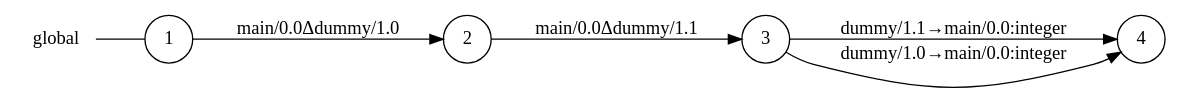
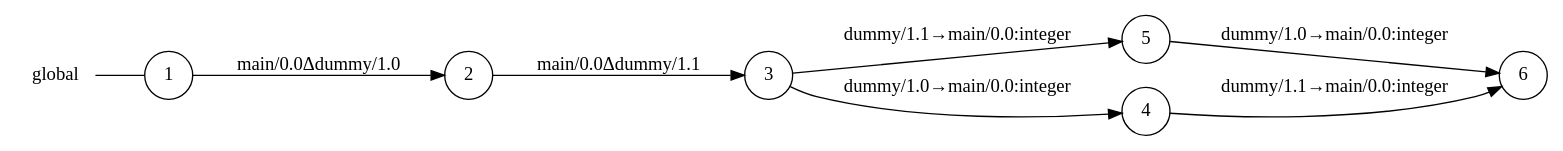
The diagram in examples/for-loop-recursion/main_0_global_view.dot (gabrielegenovese/chorer), drawn with Graphviz before and after one commit. The commit also changed 81 other files, not shown here.

```diff
--- a/examples/for-loop-recursion/main_0_global_view.dot
+++ b/examples/for-loop-recursion/main_0_global_view.dot
@@ -1,14 +1,18 @@
 digraph global {
 	rankdir="LR";
 	n_0 [label="global", shape="plaintext"];
-	n_1 [id="1", shape=circle, label="1"];
-	n_0 -> n_1 [arrowhead=none];
-	n_2 [id="2", shape=circle, label="2"];
-	n_3 [id="4", shape=circle, label="4"];
-	n_4 [id="3", shape=circle, label="3"];
+	n_1 [id="5", shape=circle, label="5"];
+	n_2 [id="6", shape=circle, label="6"];
+	n_3 [id="1", shape=circle, label="1"];
+	n_0 -> n_3 [arrowhead=none];
+	n_4 [id="2", shape=circle, label="2"];
+	n_5 [id="4", shape=circle, label="4"];
+	n_6 [id="3", shape=circle, label="3"];
 
-	n_4 -> n_3 [id="[$e|3]", label="dummy/1.1→main/0.0:integer"];
-	n_1 -> n_2 [id="[$e|0]", label="main/0.0Δdummy/1.0"];
-	n_4 -> n_3 [id="[$e|2]", label="dummy/1.0→main/0.0:integer"];
-	n_2 -> n_4 [id="[$e|1]", label="main/0.0Δdummy/1.1"];
+	n_1 -> n_2 [id="[$e|5]", label="dummy/1.0→main/0.0:integer"];
+	n_3 -> n_4 [id="[$e|0]", label="main/0.0Δdummy/1.0"];
+	n_6 -> n_1 [id="[$e|3]", label="dummy/1.1→main/0.0:integer"];
+	n_6 -> n_5 [id="[$e|2]", label="dummy/1.0→main/0.0:integer"];
+	n_5 -> n_2 [id="[$e|4]", label="dummy/1.1→main/0.0:integer"];
+	n_4 -> n_6 [id="[$e|1]", label="main/0.0Δdummy/1.1"];
 }
```
